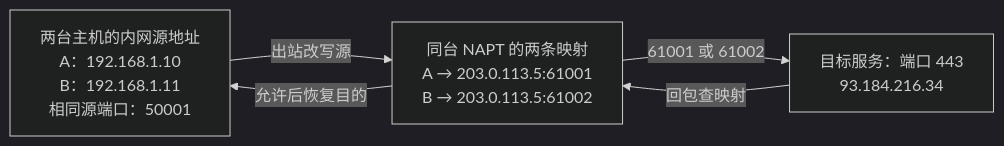
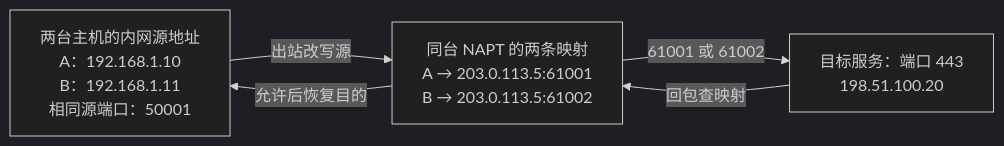
The first of 3 diagrams in content/posts/networking/routing-forwarding-nat-virtual-interfaces.md (fordelkon/delkon.us.kg), drawn with Mermaid (dark theme) before and after one commit. The commit also changed other lines of this file and 21 other files, not shown here.

Commit message:
feat: refine networking diagrams and examples

````diff
--- a/content/posts/networking/routing-forwarding-nat-virtual-interfaces.md
+++ b/content/posts/networking/routing-forwarding-nat-virtual-interfaces.md
@@ -96,7 +92,7 @@
 ```mermaid mobile-direction="TB" title="同一公网 IP 上两条 NAPT 映射的往返" description="上下两条映射属于同一台 NAPT 路由器，示例地址端口与表格一致。出站时改写源地址端口，返回时在映射仍有效且过滤策略允许的条件下恢复目的地址端口。映射状态不会因为画成节点就成为新的 TCP 端点；每台内网主机与服务端各自维持自己的 TCP 连接。箭头不表示真实时延或固定端口分配算法。"
 flowchart LR
  hosts["两台主机的内网源地址<br/>A：192.168.1.10<br/>B：192.168.1.11<br/>相同源端口：50001"] -->|出站改写源| nat["同台 NAPT 的两条映射<br/>A → 203.0.113.5:61001<br/>B → 203.0.113.5:61002"]
- nat -->|61001 或 61002| server["目标服务：端口 443<br/>93.184.216.34"]
+ nat -->|61001 或 61002| server["目标服务：端口 443<br/>198.51.100.20"]
  server -->|回包查映射| nat
  nat -->|允许后恢复目的| hosts
 ```
````
